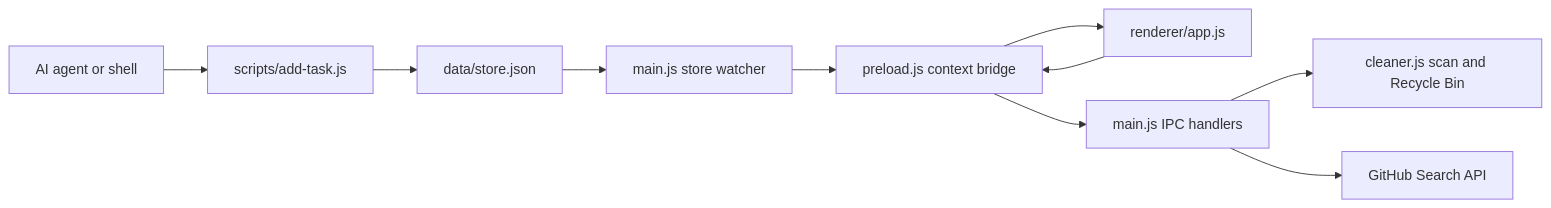
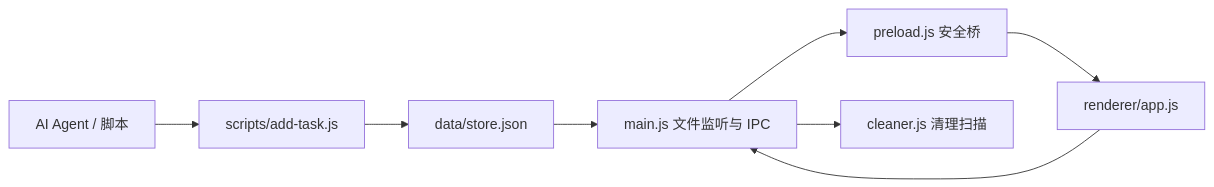
The diagram in README.md (X7997/TO-DO-Panel-clean), drawn with Mermaid before and after one commit. The commit also changed other lines of this file and 2 other files, not shown here.

````diff
--- a/README.md
+++ b/README.md
@@ -47,12 +67,10 @@
 ```mermaid
 flowchart LR
-  Agent[AI agent or shell] --> CLI[scripts/add-task.js]
+  Agent[AI Agent / 脚本] --> CLI[scripts/add-task.js]
   CLI --> Store[data/store.json]
-  Store --> Watch[main.js store watcher]
-  Watch --> Bridge[preload.js context bridge]
+  Store --> Main[main.js 文件监听与 IPC]
+  Main --> Bridge[preload.js 安全桥]
   Bridge --> UI[renderer/app.js]
-  UI --> Bridge
-  Bridge --> Main[main.js IPC handlers]
-  Main --> Cleaner[cleaner.js scan and Recycle Bin]
-  Main --> GitHub[GitHub Search API]
+  UI --> Main
+  Main --> Cleaner[cleaner.js 清理扫描]
 ```
````
